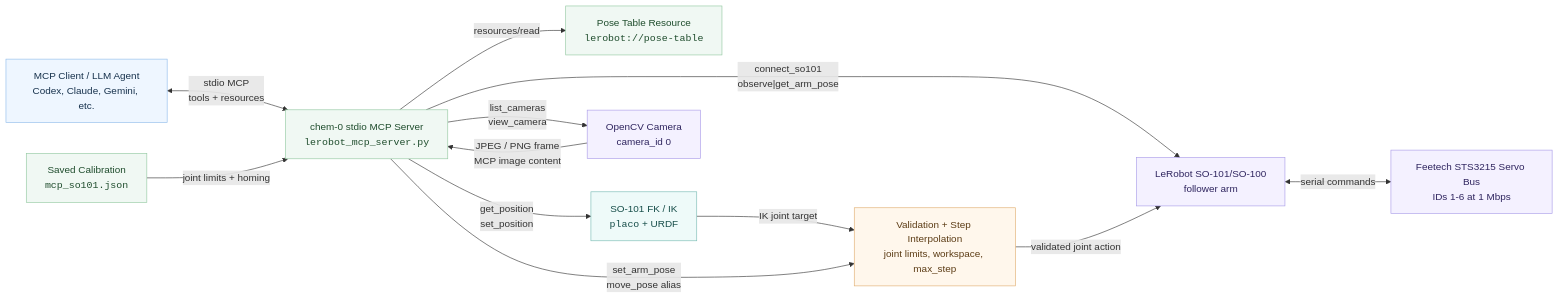
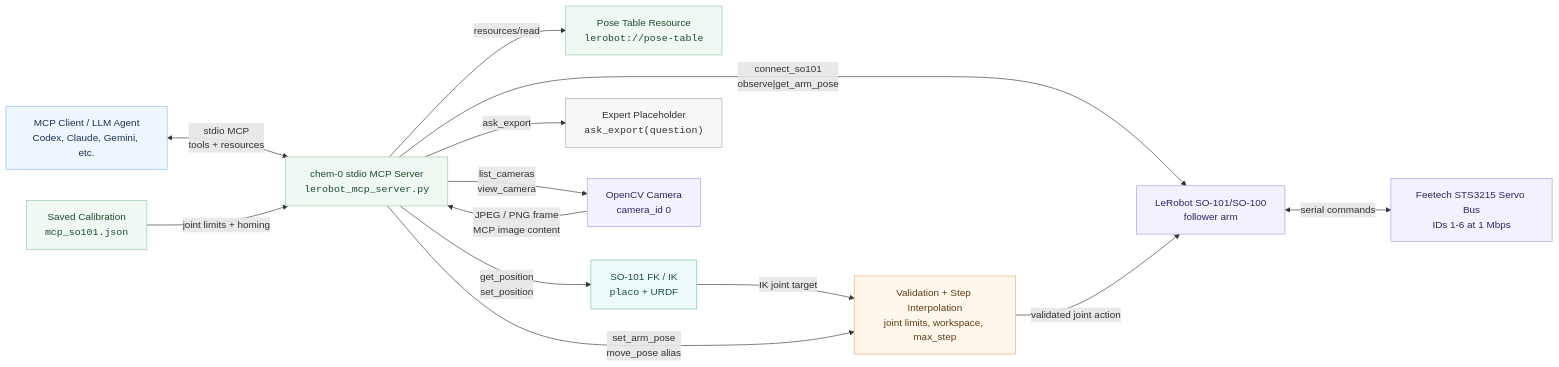
Before and after one commit to JacobFV/chem-0: the diagram in README.md, drawn with Mermaid. The commit also changed other lines of this file and 8 other files, not shown here.

Commit message:
Add expert placeholder MCP tool

````diff
--- a/README.md
+++ b/README.md
@@ -57,35 +57,39 @@
 ```mermaid
 flowchart LR
     agent["MCP Client / LLM Agent<br/>Codex, Claude, Gemini, etc."]
     server["chem-0 stdio MCP Server<br/><code>lerobot_mcp_server.py</code>"]
     pose["Pose Table Resource<br/><code>lerobot://pose-table</code>"]
     ik["SO-101 FK / IK<br/><code>placo</code> + URDF"]
     safety["Validation + Step Interpolation<br/>joint limits, workspace, max_step"]
+    expert["Expert Placeholder<br/><code>ask_export(question)</code>"]
     camera["OpenCV Camera<br/>camera_id 0"]
     robot["LeRobot SO-101/SO-100<br/>follower arm"]
     bus["Feetech STS3215 Servo Bus<br/>IDs 1-6 at 1 Mbps"]
     calib["Saved Calibration<br/><code>mcp_so101.json</code>"]
 
     agent <-->|"stdio MCP<br/>tools + resources"| server
     server -->|"resources/read"| pose
     server -->|"list_cameras<br/>view_camera"| camera
     camera -->|"JPEG / PNG frame<br/>MCP image content"| server
     server -->|"connect_so101<br/>observe|get_arm_pose"| robot
     server -->|"get_position<br/>set_position"| ik
     ik -->|"IK joint target"| safety
     server -->|"set_arm_pose<br/>move_pose alias"| safety
+    server -->|"ask_export"| expert
     safety -->|"validated joint action"| robot
     calib -->|"joint limits + homing"| server
     robot <-->|"serial commands"| bus
 
     classDef agent fill:#eef6ff,stroke:#8fbceb,color:#17324d
     classDef server fill:#f0f8f3,stroke:#92c8a0,color:#1f4d2d
     classDef safety fill:#fff7ec,stroke:#e0ad6e,color:#5d3d16
     classDef ik fill:#eefaf9,stroke:#79bbb4,color:#164d49
+    classDef expert fill:#f7f7f7,stroke:#aaa,color:#333
     classDef hardware fill:#f4f1ff,stroke:#a99be8,color:#2f255f
     class agent agent
     class server,pose,calib server
     class safety safety
     class ik ik
+    class expert expert
     class camera,robot,bus hardware
 ```
````
